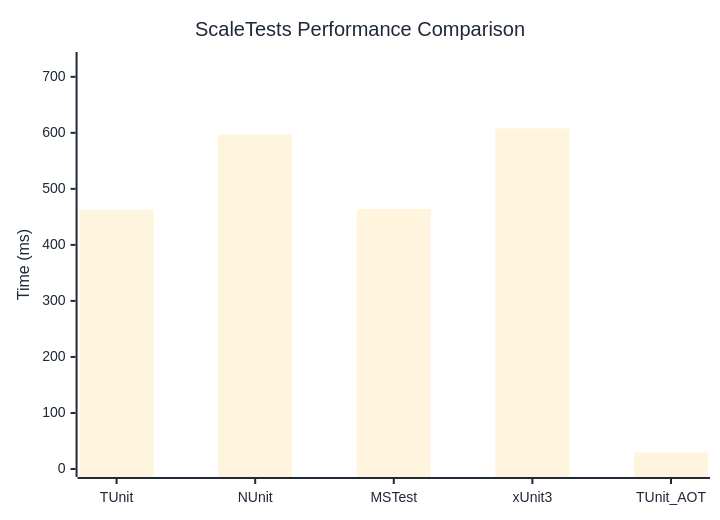
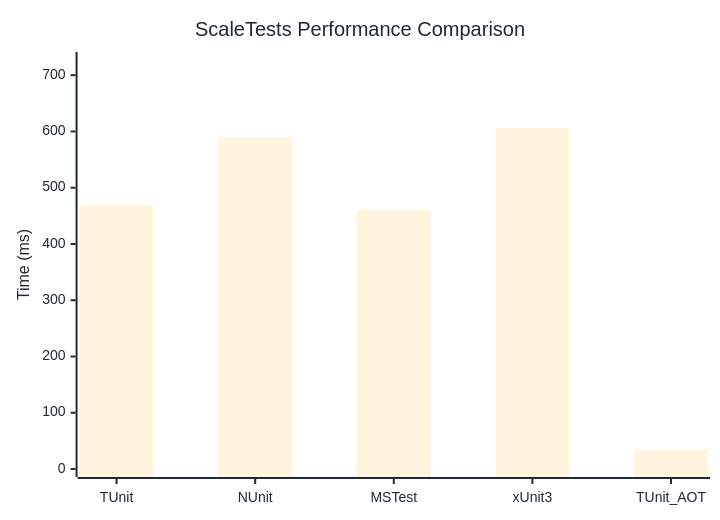
The diagram in docs/docs/benchmarks/ScaleTests.md (weiyilai/TUnit), drawn with Mermaid before and after one commit. The commit also changed other lines of this file and 17 other files, not shown here.

````diff
--- a/docs/docs/benchmarks/ScaleTests.md
+++ b/docs/docs/benchmarks/ScaleTests.md
@@ -27,37 +27,37 @@
 ```mermaid
 %%{init: {
   'theme':'base',
   'themeVariables': {
     'primaryColor': '#2563eb',
     'primaryTextColor': '#1f2937',
     'primaryBorderColor': '#1e40af',
     'lineColor': '#6b7280',
     'secondaryColor': '#7c3aed',
     'tertiaryColor': '#dc2626',
     'background': '#ffffff',
     'mainBkg': '#2563eb',
     'secondBkg': '#7c3aed',
     'tertiaryBkg': '#dc2626',
     'clusterBkg': '#f3f4f6',
     'edgeLabelBackground': '#ffffff',
     'tertiaryTextColor': '#1f2937',
     'pie1': '#2563eb',
     'pie2': '#7c3aed',
     'pie3': '#dc2626',
     'pie4': '#f59e0b',
     'pie5': '#10b981',
     'pie6': '#06b6d4',
     'pie7': '#ec4899',
     'pie8': '#6366f1',
     'pie9': '#84cc16',
     'pie10': '#f97316',
     'pie11': '#14b8a6',
     'pie12': '#a855f7'
   }
 }}%%
 xychart-beta
   title "ScaleTests Performance Comparison"
   x-axis ["TUnit", "NUnit", "MSTest", "xUnit3", "TUnit_AOT"]
-  y-axis "Time (ms)" 0 --> 730
-  bar [462.84, 597.14, 464.14, 607.81, 29.43]
+  y-axis "Time (ms)" 0 --> 727
+  bar [468.76, 589.58, 460.2, 605.83, 34.12]
 ```
````
